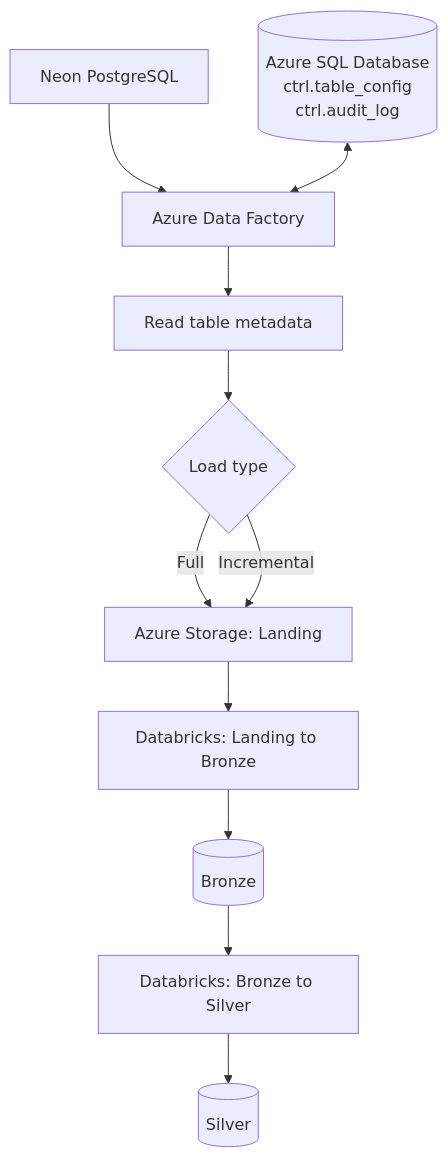
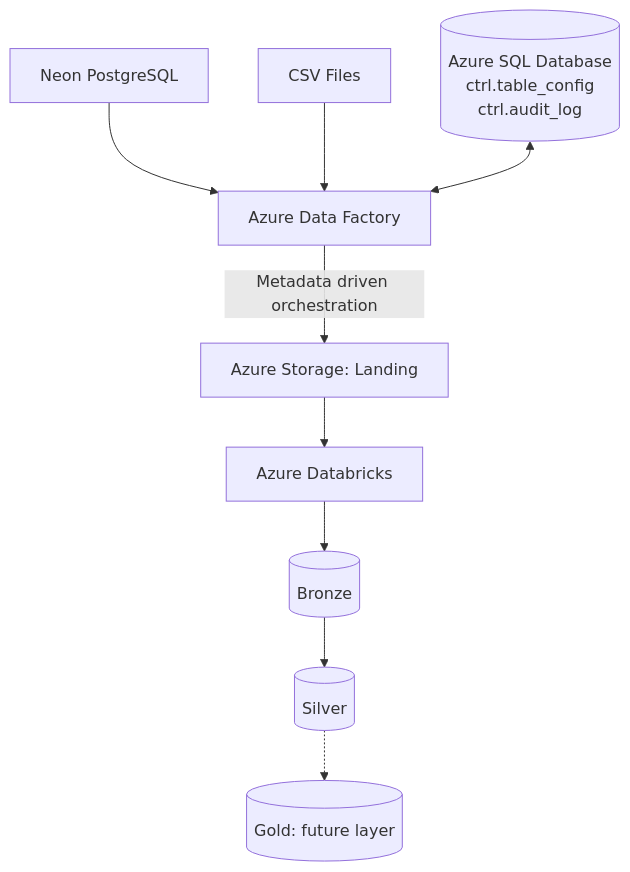
Before and after one commit to yanquielarango/caresync_adf_repo: the diagram in README.md, drawn with Mermaid. The commit also changed other lines of this file, not shown here.

````diff
--- a/README.md
+++ b/README.md
@@ -25,13 +25,11 @@
 ```mermaid
 flowchart TD
-    A[Neon PostgreSQL] --> B[Azure Data Factory]
-    B --> C[Read table metadata]
-    C --> D{Load type}
-    D -->|Full| E[Azure Storage: Landing]
-    D -->|Incremental| E
-    E --> F[Databricks: Landing to Bronze]
-    F --> G[(Bronze)]
-    G --> H[Databricks: Bronze to Silver]
-    H --> I[(Silver)]
-    J[(Azure SQL Database<br/>ctrl.table_config<br/>ctrl.audit_log)] <--> B
+    A[Neon PostgreSQL] --> C[Azure Data Factory]
+    B[CSV Files] --> C
+    C -->|Metadata driven orchestration| D[Azure Storage: Landing]
+    D --> E[Azure Databricks]
+    E --> F[(Bronze)]
+    F --> G[(Silver)]
+    G -.-> H[(Gold: future layer)]
+    J[(Azure SQL Database<br/>ctrl.table_config<br/>ctrl.audit_log)] <--> C
 ```
````
